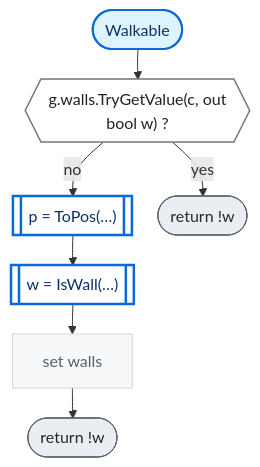
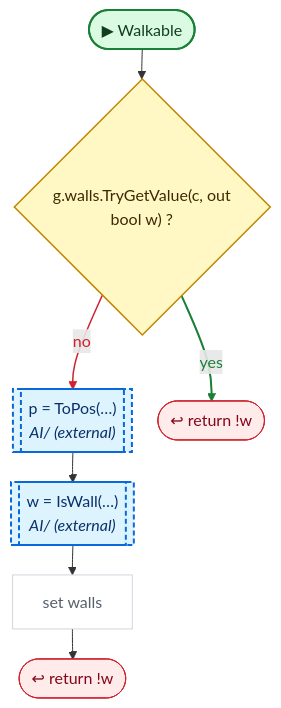
One commit to nataiai/Lord-of-the-Dungeon changed the tenth of 14 diagrams in CodeGraph~/graph/AI/PathFinding.cs.md. Above: the diagram before and after it, drawn with Mermaid. The commit also changed other lines of this file and 44 other files, not shown here.

````diff
--- a/CodeGraph~/graph/AI/PathFinding.cs.md
+++ b/CodeGraph~/graph/AI/PathFinding.cs.md
@@ -573,38 +621,44 @@
 ```mermaid
 ---
 config:
   flowchart:
     wrappingWidth: 260
     nodeSpacing: 26
     rankSpacing: 30
 ---
 flowchart TD
-  nS(["Walkable"])
-  nf34fcd{{"g.walls.TryGetValue(c, out<br>bool w) ?"}}
-  nbae4f0[["p = ToPos(…)"]]
-  nd47c61[["w = IsWall(…)"]]
+  nS(["▶ Walkable"])
+  nf34fcd{"g.walls.TryGetValue(c, out<br>bool w) ?"}
+  nbae4f0[["p = ToPos(…)<br><i>AI/ (external)</i>"]]
+  nd47c61[["w = IsWall(…)<br><i>AI/ (external)</i>"]]
   nbad5f5["set walls"]
-  n492779(["return !w"])
-  n1d4172(["return !w"])
+  n492779(["↩ return !w"])
+  n1d4172(["↩ return !w"])
   nS --> nf34fcd
   nf34fcd -->|no| nbae4f0
   nf34fcd -->|yes| n492779
   nbae4f0 --> nd47c61
   nd47c61 --> nbad5f5
   nbad5f5 --> n1d4172
-  classDef unity fill:#fff1c2,stroke:#9a6700,stroke-width:2px,color:#3b2300
-  classDef start fill:#ddf4ff,stroke:#0969da,stroke-width:2px,color:#0a3069
-  classDef calc fill:#f6f8fa,stroke:#d0d7de,color:#57606a
-  classDef calls fill:#ffffff,stroke:#0969da,stroke-width:2.5px,color:#0a3069
-  classDef cond fill:#ffffff,stroke:#6e7781,stroke-width:1.5px,color:#1f2328
-  classDef loop fill:#fbefff,stroke:#8250df,color:#3e1f79
-  classDef exit fill:#eaeef2,stroke:#57606a,color:#24292f
-  classDef wait fill:#fff8f0,stroke:#bc4c00,color:#4d1d00
+  linkStyle 1 stroke:#cf222e,stroke-width:1.5px,color:#cf222e
+  linkStyle 2 stroke:#1a7f37,stroke-width:2px,color:#1a7f37
+  classDef unity fill:#dafbe1,stroke:#1a7f37,stroke-width:2px,color:#0f3d1d
+  classDef start fill:#dafbe1,stroke:#1a7f37,stroke-width:2px,color:#0f3d1d
+  classDef calc fill:#ffffff,stroke:#d0d7de,color:#57606a
+  classDef calls fill:#ddf4ff,stroke:#0969da,stroke-width:2px,color:#0a3069
+  classDef ext fill:#ddf4ff,stroke:#0969da,stroke-width:2px,stroke-dasharray:5 3,color:#0a3069
+  classDef cond fill:#fff8c5,stroke:#bf8700,stroke-width:1.5px,color:#3d2a00
+  classDef loop fill:#f6f8fa,stroke:#57606a,color:#1f2328
+  classDef exit fill:#ffebe9,stroke:#cf222e,color:#82071e
+  classDef kill fill:#ffebe9,stroke:#cf222e,stroke-width:2px,color:#82071e
+  classDef spawn fill:#dafbe1,stroke:#1a7f37,stroke-width:2px,color:#0f3d1d
+  classDef wait fill:#fff1e5,stroke:#bc4c00,color:#4d1d00
   classDef fin fill:#eaeef2,stroke:#8c959f,color:#57606a
   classDef join fill:#d0d7de,stroke:#8c959f,color:#57606a
+  classDef ghdr fill:#f5f9ff,stroke:#f5f9ff,color:#0a3069,font-weight:bold
   class nbad5f5 calc
-  class nbae4f0,nd47c61 calls
   class nf34fcd cond
   class n492779,n1d4172 exit
+  class nbae4f0,nd47c61 ext
   class nS start
 ```
````
